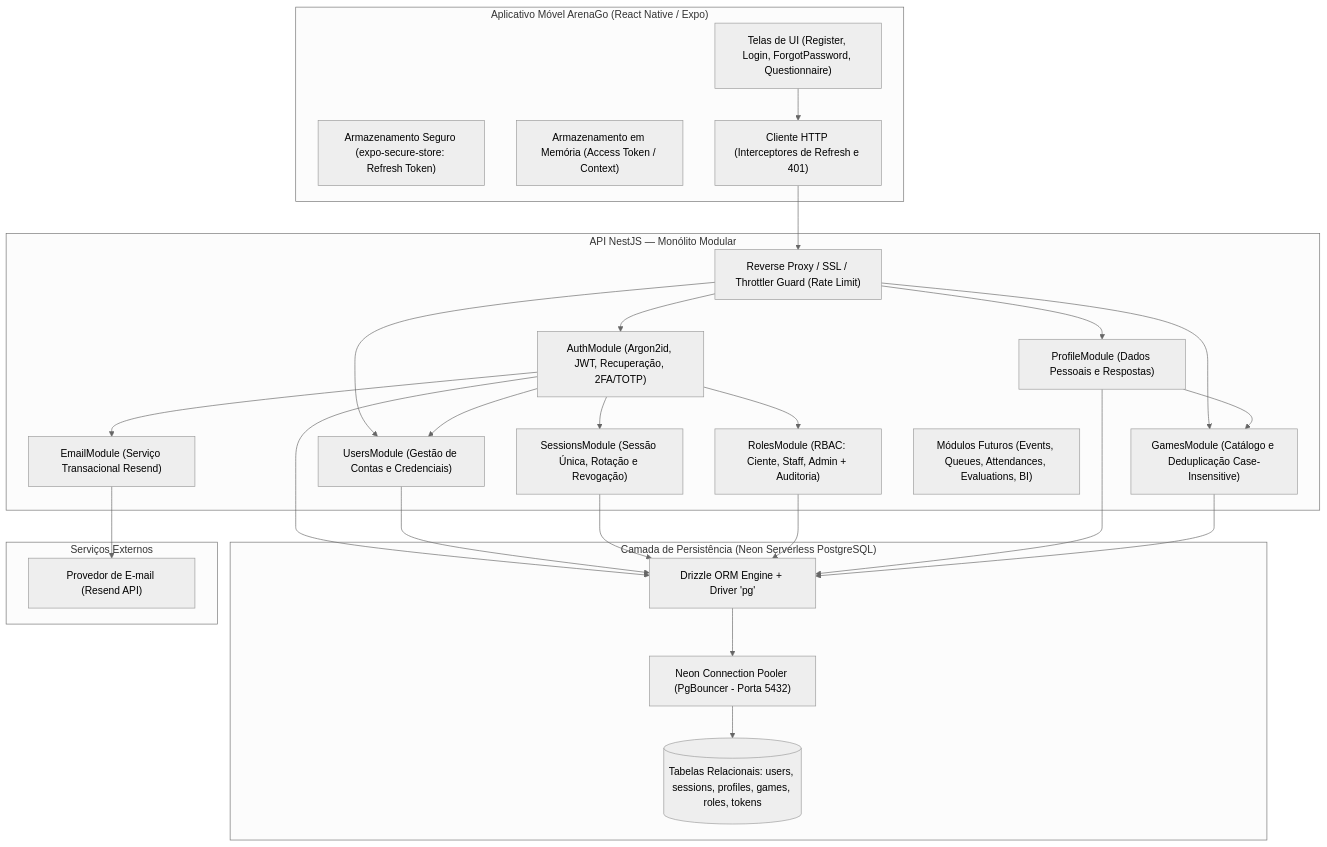
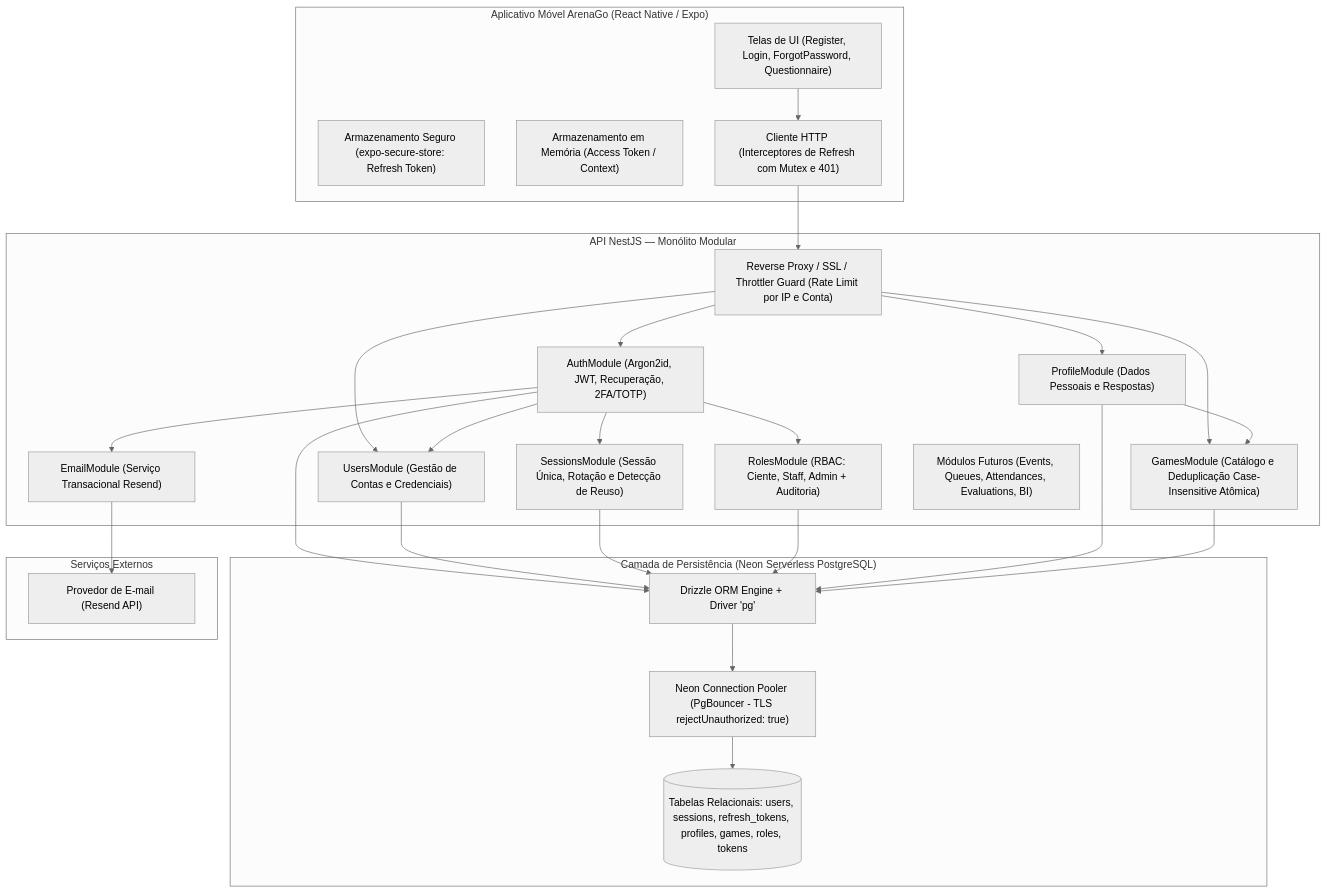
One commit to JaviDansen/ArenaGo changed the first of 6 diagrams in docs/task-6.1-arquitetura-backend.md. Above: the diagram before and after it, drawn with Mermaid (neutral theme). The commit also changed other lines of this file, not shown here.

````diff
--- a/docs/task-6.1-arquitetura-backend.md
+++ b/docs/task-6.1-arquitetura-backend.md
@@ -39,57 +48,57 @@
 ```mermaid
 graph TB
     subgraph MobileClient ["Aplicativo Móvel ArenaGo (React Native / Expo)"]
         UI["Telas de UI (Register, Login, ForgotPassword, Questionnaire)"]
         SecureStore["Armazenamento Seguro (expo-secure-store: Refresh Token)"]
         MemoryStore["Armazenamento em Memória (Access Token / Context)"]
-        AxiosClient["Cliente HTTP (Interceptores de Refresh e 401)"]
+        AxiosClient["Cliente HTTP (Interceptores de Refresh com Mutex e 401)"]
     end
 
     subgraph BackendAPI ["API NestJS — Monólito Modular"]
-        Gateway["Reverse Proxy / SSL / Throttler Guard (Rate Limit)"]
+        Gateway["Reverse Proxy / SSL / Throttler Guard (Rate Limit por IP e Conta)"]
         AuthMod["AuthModule (Argon2id, JWT, Recuperação, 2FA/TOTP)"]
         UserMod["UsersModule (Gestão de Contas e Credenciais)"]
-        SessMod["SessionsModule (Sessão Única, Rotação e Revogação)"]
+        SessMod["SessionsModule (Sessão Única, Rotação e Detecção de Reuso)"]
         RoleMod["RolesModule (RBAC: Ciente, Staff, Admin + Auditoria)"]
         ProfMod["ProfileModule (Dados Pessoais e Respostas)"]
-        GameMod["GamesModule (Catálogo e Deduplicação Case-Insensitive)"]
+        GameMod["GamesModule (Catálogo e Deduplicação Case-Insensitive Atômica)"]
         EmailMod["EmailModule (Serviço Transacional Resend)"]
-        
+
         FutureMods["Módulos Futuros (Events, Queues, Attendances, Evaluations, BI)"]
     end
 
     subgraph DataLayer ["Camada de Persistência (Neon Serverless PostgreSQL)"]
-        NeonPooler["Neon Connection Pooler (PgBouncer - Porta 5432)"]
+        NeonPooler["Neon Connection Pooler (PgBouncer - TLS rejectUnauthorized: true)"]
         Drizzle["Drizzle ORM Engine + Driver 'pg'"]
-        PostgresTables[("Tabelas Relacionais: users, sessions, profiles, games, roles, tokens")]
+        PostgresTables[("Tabelas Relacionais: users, sessions, refresh_tokens, profiles, games, roles, tokens")]
     end
 
     subgraph ExternalServices ["Serviços Externos"]
         EmailService["Provedor de E-mail (Resend API)"]
     end
 
     UI --> AxiosClient
     AxiosClient --> Gateway
     Gateway --> AuthMod
     Gateway --> UserMod
     Gateway --> ProfMod
     Gateway --> GameMod
 
     AuthMod --> SessMod
     AuthMod --> UserMod
     AuthMod --> RoleMod
     AuthMod --> EmailMod
     ProfMod --> GameMod
 
     EmailMod --> EmailService
 
     AuthMod --> Drizzle
     UserMod --> Drizzle
     SessMod --> Drizzle
     RoleMod --> Drizzle
     ProfMod --> Drizzle
     GameMod --> Drizzle
 
     Drizzle --> NeonPooler
     NeonPooler --> PostgresTables
 ```
````
